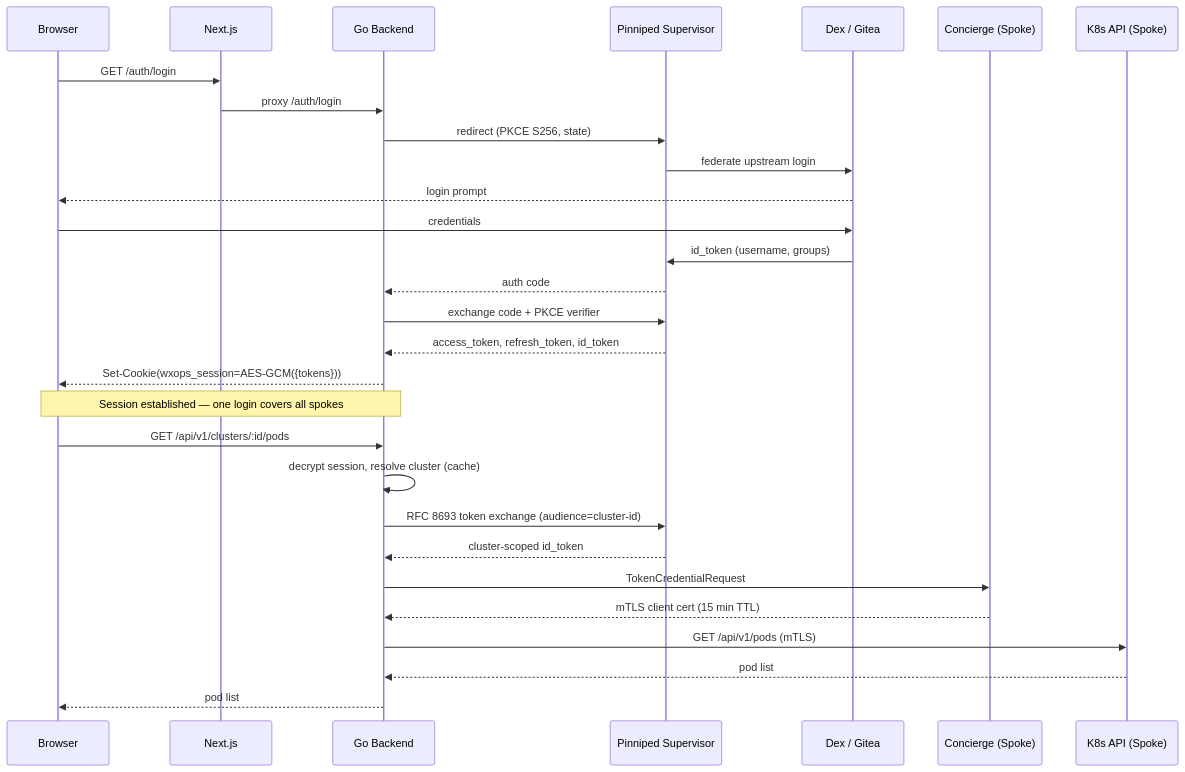
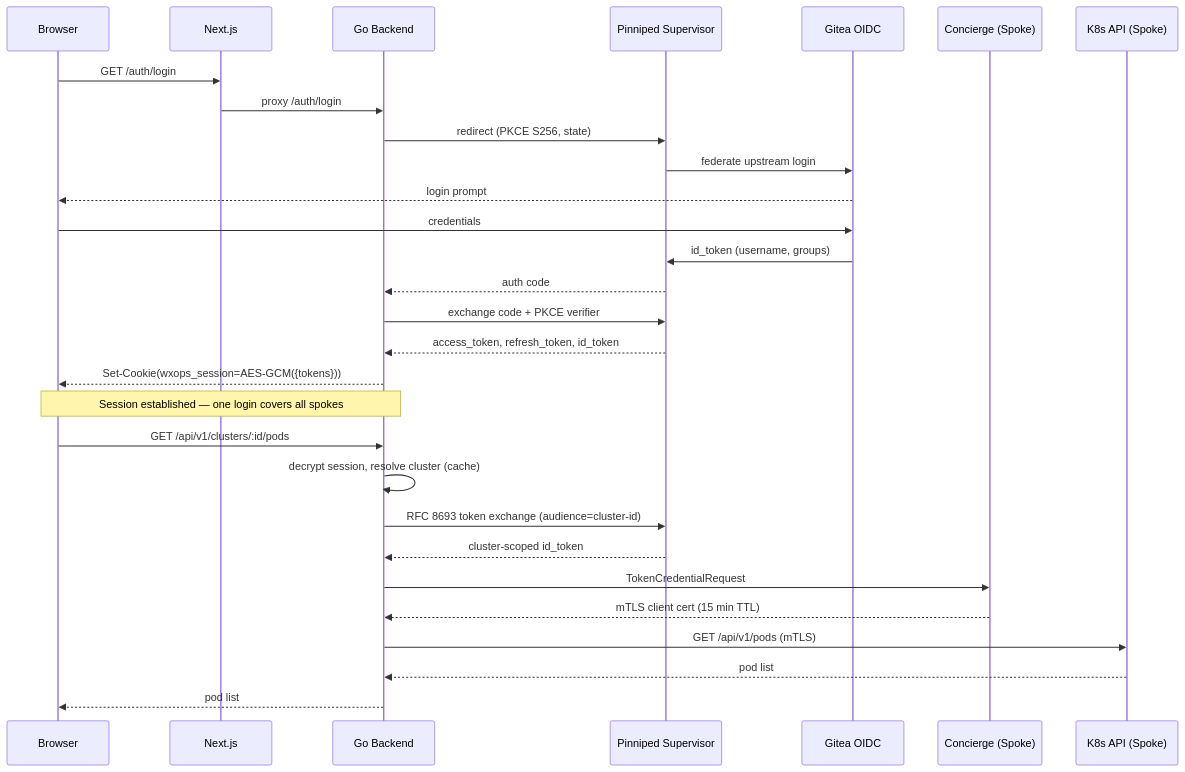
One commit to wxops/wxops-portal changed the third of 7 diagrams in docs/architecture.md. Above: the diagram before and after it, drawn with Mermaid. The commit also changed other lines of this file and 75 other files, not shown here.

````diff
--- a/docs/architecture.md
+++ b/docs/architecture.md
@@ -39,34 +132,34 @@
 ```mermaid
 sequenceDiagram
     participant B as Browser
     participant N as Next.js
     participant G as Go Backend
     participant P as Pinniped Supervisor
-    participant D as Dex / Gitea
+    participant D as Gitea OIDC
     participant C as Concierge (Spoke)
     participant K as K8s API (Spoke)
 
     B->>N: GET /auth/login
     N->>G: proxy /auth/login
     G->>P: redirect (PKCE S256, state)
     P->>D: federate upstream login
     D-->>B: login prompt
     B->>D: credentials
     D->>P: id_token (username, groups)
     P-->>G: auth code
     G->>P: exchange code + PKCE verifier
     P-->>G: access_token, refresh_token, id_token
     G-->>B: Set-Cookie(wxops_session=AES-GCM({tokens}))
 
     Note over B,G: Session established — one login covers all spokes
 
     B->>G: GET /api/v1/clusters/:id/pods
     G->>G: decrypt session, resolve cluster (cache)
     G->>P: RFC 8693 token exchange (audience=cluster-id)
     P-->>G: cluster-scoped id_token
     G->>C: TokenCredentialRequest
     C-->>G: mTLS client cert (15 min TTL)
     G->>K: GET /api/v1/pods (mTLS)
     K-->>G: pod list
     G-->>B: pod list
 ```
````
